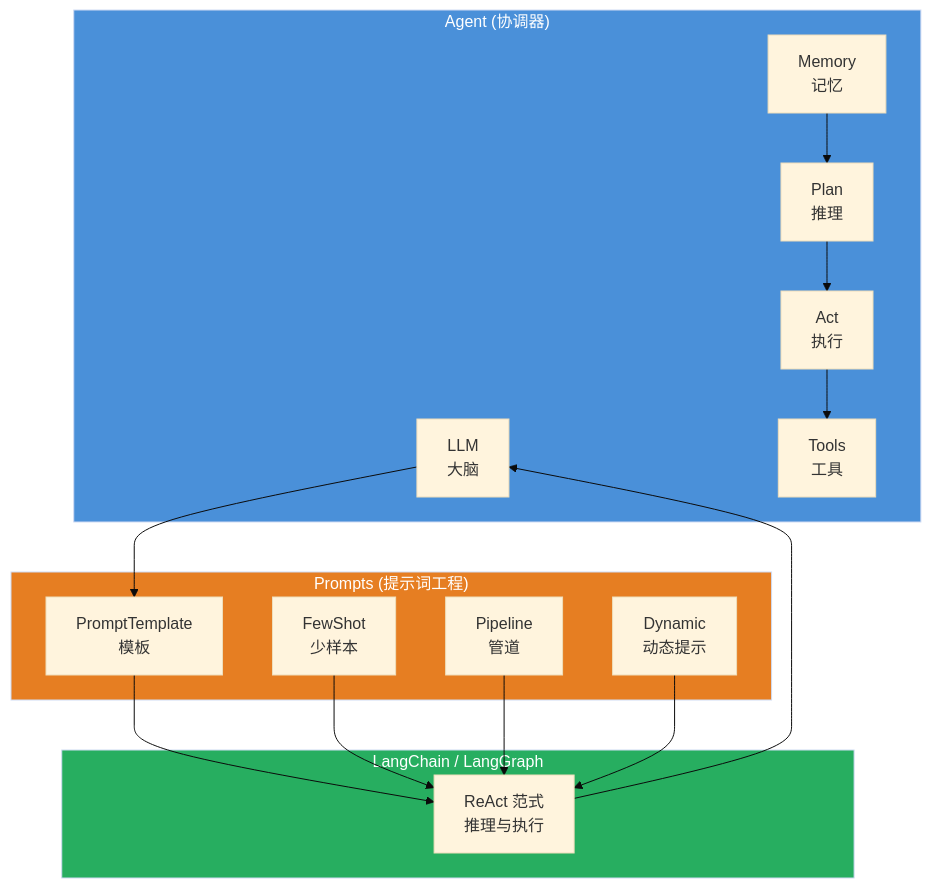
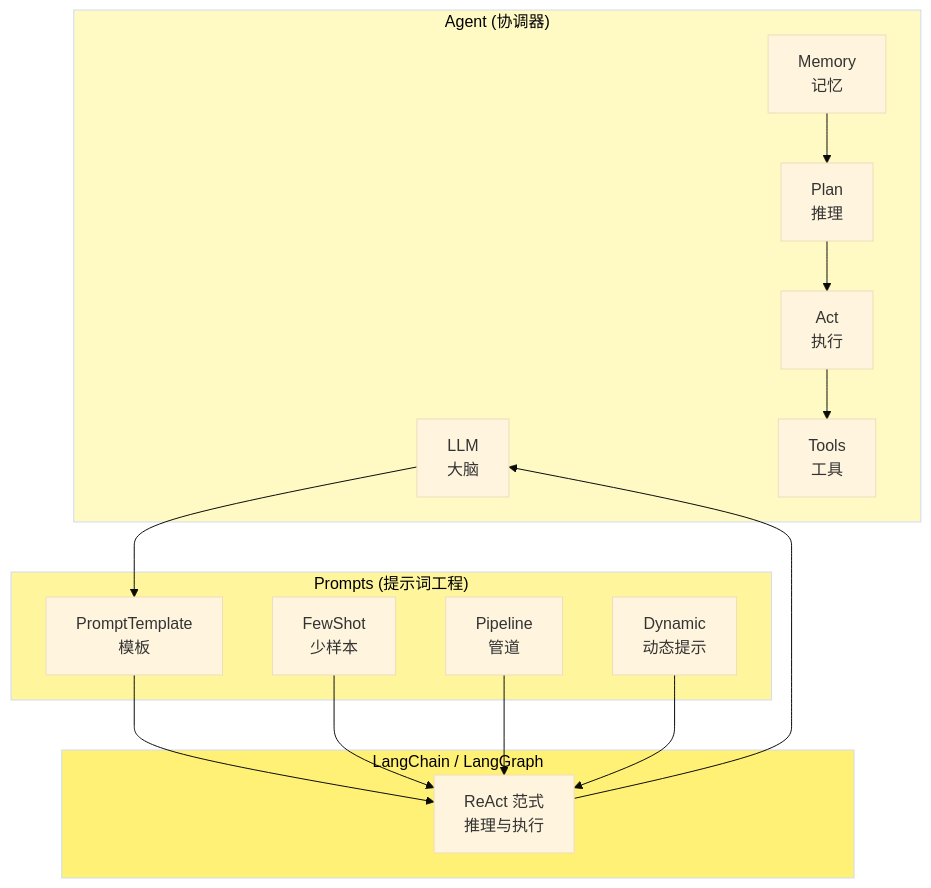
One commit to chain-engine/x-langchain changed the first of 4 diagrams in README.md. Above: the diagram before and after it, drawn with Mermaid (base theme).

Commit message:
feat: perfect README.md

````diff
--- a/README.md
+++ b/README.md
@@ -162,35 +162,35 @@
 ```mermaid
 graph TB
     subgraph Agent["Agent (协调器)"]
         LLM[LLM<br/>大脑]
         MEM[Memory<br/>记忆]
         PLN[Plan<br/>推理]
         ACT[Act<br/>执行]
         TOL[Tools<br/>工具]
     end
 
     subgraph Prompts["Prompts (提示词工程)"]
         PRT[PromptTemplate<br/>模板]
         FSP[FewShot<br/>少样本]
         PLP[Pipeline<br/>管道]
         DYP[Dynamic<br/>动态提示]
     end
 
     subgraph LangChain["LangChain / LangGraph"]
         REACT[ReAct 范式<br/>推理与执行]
     end
 
     LLM --> PRT
     MEM --> PLN
     PLN --> ACT
     ACT --> TOL
     PRT --> REACT
     FSP --> REACT
     PLP --> REACT
     DYP --> REACT
     REACT --> LLM
 
-    style Agent fill:#4A90D9,color:#fff
-    style Prompts fill:#E67E22,color:#fff
-    style LangChain fill:#27AE60,color:#fff
+    style Agent fill:#FFF9C4,color:#000
+    style Prompts fill:#FFF59D,color:#000
+    style LangChain fill:#FFF176,color:#000
 ```
````
